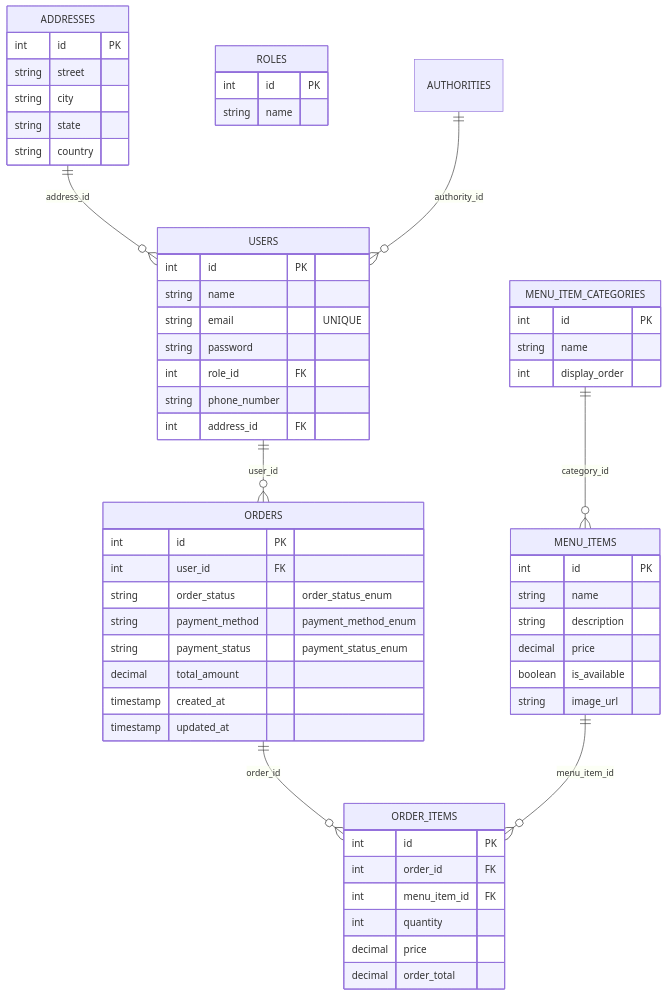
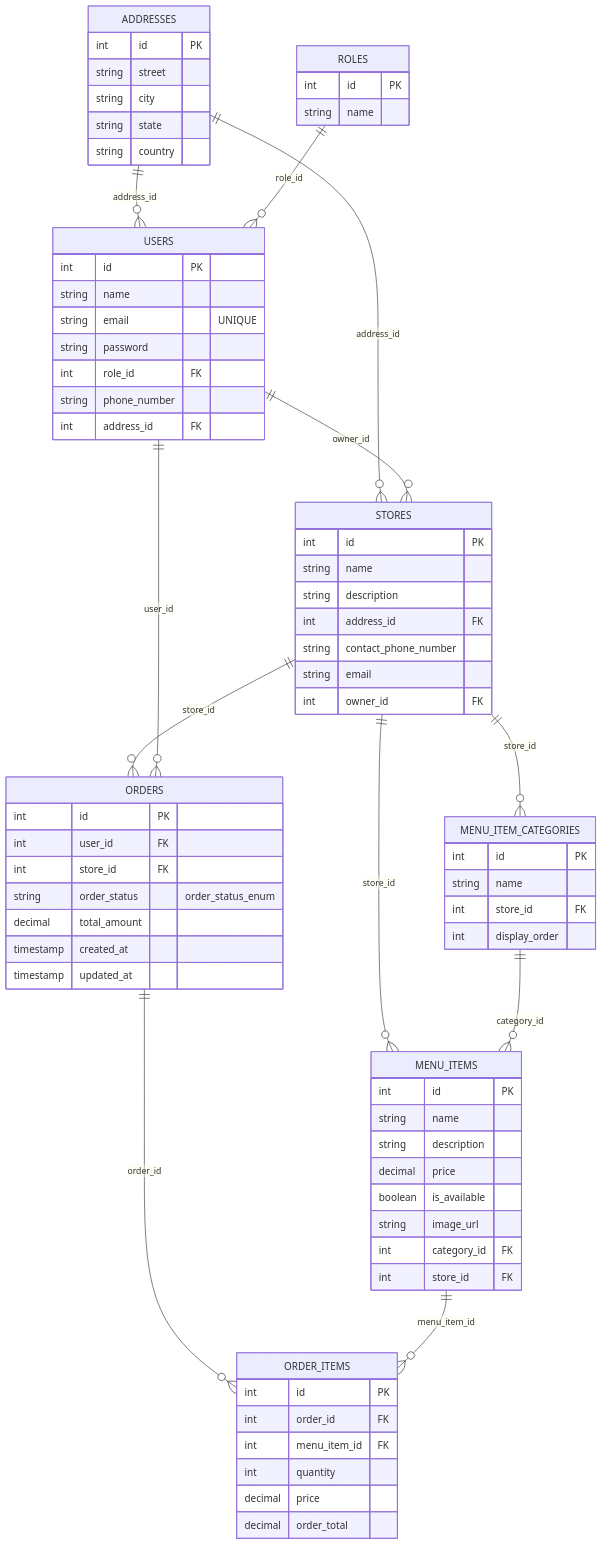
One commit to Narcis2151/Food-Delivery-AWBD changed the diagram in Food-Delivery-AWBD-Backend/erd.mermaid. Above: the diagram before and after it, drawn with Mermaid. The commit also changed 17 other files, not shown here.

```diff
--- a/Food-Delivery-AWBD-Backend/erd.mermaid
+++ b/Food-Delivery-AWBD-Backend/erd.mermaid
@@ -1,67 +1,84 @@
 erDiagram
     ADDRESSES {
         int id PK
         string street
         string city
         string state
         string country
     }
 
     ROLES {
         int id PK
         string name
     }
 
     USERS {
         int id PK
         string name
         string email "UNIQUE"
         string password
         int role_id FK
         string phone_number
         int address_id FK
     }
 
+    STORES {
+        int id PK
+        string name
+        string description
+        int address_id FK
+        string contact_phone_number
+        string email
+        int owner_id FK
+    }
+
     MENU_ITEM_CATEGORIES {
         int id PK
         string name
+        int store_id FK
         int display_order
     }
 
     MENU_ITEMS {
         int id PK
         string name
         string description
         decimal price
         boolean is_available
         string image_url
+        int category_id FK
+        int store_id FK
     }
 
     ORDERS {
         int id PK
         int user_id FK
+        int store_id FK
         string order_status "order_status_enum"
-        string payment_method "payment_method_enum"
-        string payment_status "payment_status_enum"
         decimal total_amount
         timestamp created_at
         timestamp updated_at
     }
 
     ORDER_ITEMS {
         int id PK
         int order_id FK
         int menu_item_id FK
         int quantity
         decimal price
         decimal order_total
     }
 
 
 %% Relationships
     ADDRESSES ||--o{ USERS : "address_id"
+    ADDRESSES ||--o{ STORES : "address_id"
+    STORES ||--o{ MENU_ITEM_CATEGORIES : "store_id"
+    STORES ||--o{ ORDERS : "store_id"
+    STORES ||--o{ MENU_ITEMS : "store_id"
     USERS ||--o{ ORDERS : "user_id"
+    USERS ||--o{ STORES : "owner_id"
     ORDERS ||--o{ ORDER_ITEMS : "order_id"
     MENU_ITEMS ||--o{ ORDER_ITEMS : "menu_item_id"
     MENU_ITEM_CATEGORIES ||--o{ MENU_ITEMS : "category_id"
-    AUTHORITIES ||--o{ USERS : "authority_id"
+    ROLES ||--o{ USERS : "role_id"
```
